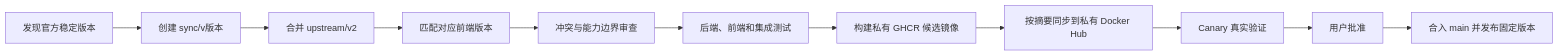
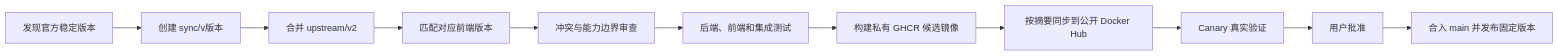
One commit to zfl0087/MoviePilot-Lite changed the diagram in docs/UPSTREAM_SYNC.md. Above: the diagram before and after it, drawn with Mermaid. The commit also changed other lines of this file and 13 other files, not shown here.

````diff
--- a/docs/UPSTREAM_SYNC.md
+++ b/docs/UPSTREAM_SYNC.md
@@ -72,13 +72,13 @@
 ```mermaid
 flowchart LR
     A["发现官方稳定版本"] --> B["创建 sync/v版本"]
     B --> C["合并 upstream/v2"]
     C --> D["匹配对应前端版本"]
     D --> E["冲突与能力边界审查"]
     E --> F["后端、前端和集成测试"]
     F --> G["构建私有 GHCR 候选镜像"]
-    G --> H["按摘要同步到私有 Docker Hub"]
+    G --> H["按摘要同步到公开 Docker Hub"]
     H --> I["Canary 真实验证"]
     I --> J["用户批准"]
     J --> K["合入 main 并发布固定版本"]
 ```
````
